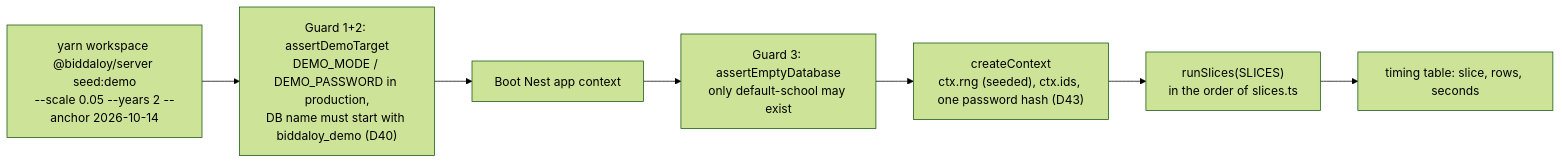
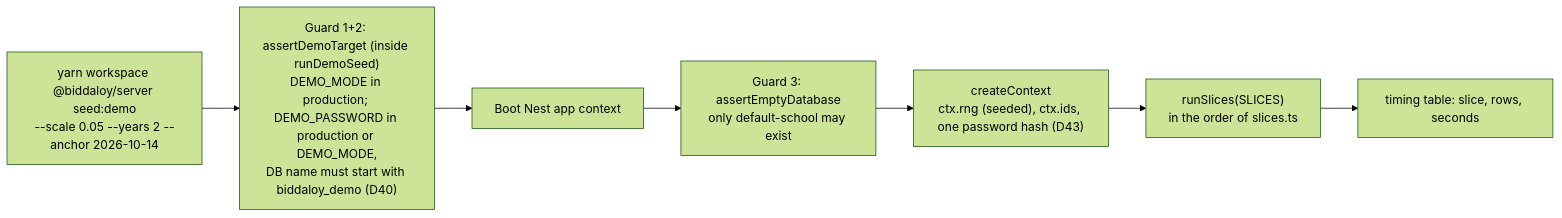
The first of 2 diagrams in docs/architecture/22-demo-seed.md (tareq89/biddaloy), drawn with Mermaid (forest theme) before and after one commit. The commit also changed other lines of this file and 2 other files, not shown here.

First line of the commit message:
fix(demo-seed): validator follows the app's routine, off-day and login rules (#2161)

````diff
--- a/docs/architecture/22-demo-seed.md
+++ b/docs/architecture/22-demo-seed.md
@@ -23,9 +23,9 @@
 ```mermaid
 flowchart LR
-  A["yarn workspace @biddaloy/server seed:demo<br/>--scale 0.05 --years 2 --anchor 2026-10-14"] --> G1["Guard 1+2: assertDemoTarget<br/>DEMO_MODE / DEMO_PASSWORD in production,<br/>DB name must start with biddaloy_demo (D40)"]
+  A["yarn workspace @biddaloy/server seed:demo<br/>--scale 0.05 --years 2 --anchor 2026-10-14"] --> G1["Guard 1+2: assertDemoTarget (inside runDemoSeed)<br/>DEMO_MODE in production; DEMO_PASSWORD in production or DEMO_MODE,<br/>DB name must start with biddaloy_demo (D40)"]
   G1 --> B["Boot Nest app context"]
   B --> G3["Guard 3: assertEmptyDatabase<br/>only default-school may exist"]
   G3 --> C["createContext<br/>ctx.rng (seeded), ctx.ids, one password hash (D43)"]
   C --> S["runSlices(SLICES)<br/>in the order of slices.ts"]
   S --> T["timing table: slice, rows, seconds"]
 ```
````
